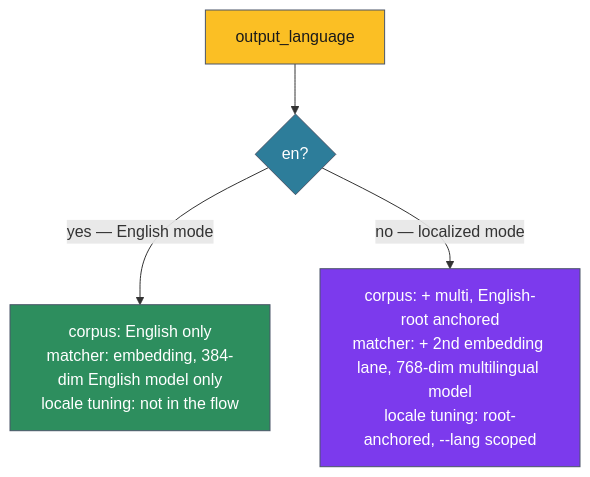
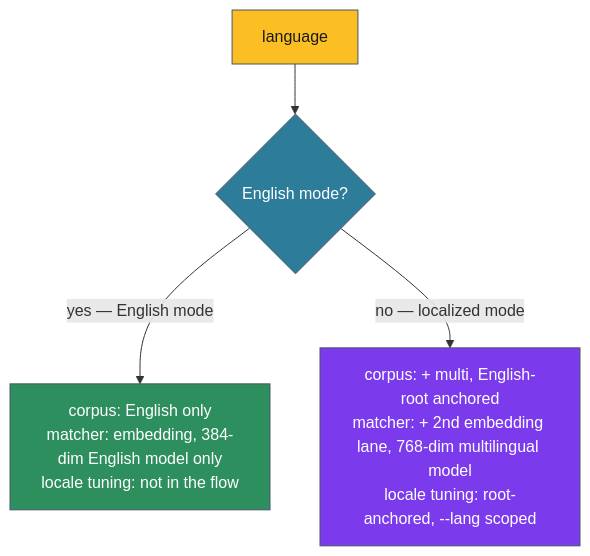
Before and after one commit to aaronsb/agent-ways: the diagram in docs/explanation/localization/the-mode-gate-mechanism-under-the-scenarios.md, drawn with Mermaid. The commit also changed other lines of this file and 33 other files, not shown here.

````diff
--- a/docs/explanation/localization/the-mode-gate-mechanism-under-the-scenarios.md
+++ b/docs/explanation/localization/the-mode-gate-mechanism-under-the-scenarios.md
@@ -29,16 +31,16 @@
 ```mermaid
 flowchart TD
-    F[output_language] --> M{en?}
+    F[language] --> M{English mode?}
     M -->|"yes — English mode"| EN[corpus: English only<br/>matcher: embedding, 384-dim English model only<br/>locale tuning: not in the flow]
     M -->|"no — localized mode"| LO[corpus: + multi, English-root anchored<br/>matcher: + 2nd embedding lane, 768-dim multilingual model<br/>locale tuning: root-anchored, --lang scoped]
 
     classDef config fill:#fbbf24,color:#1a1a1a,stroke:#4a5568
     classDef process fill:#2d7d9a,color:#ffffff,stroke:#4a5568
     classDef done fill:#2d8e5e,color:#ffffff,stroke:#4a5568
     classDef core fill:#7c3aed,color:#ffffff,stroke:#4a5568
 
     class F config
     class M process
     class EN done
     class LO core
 ```
````
